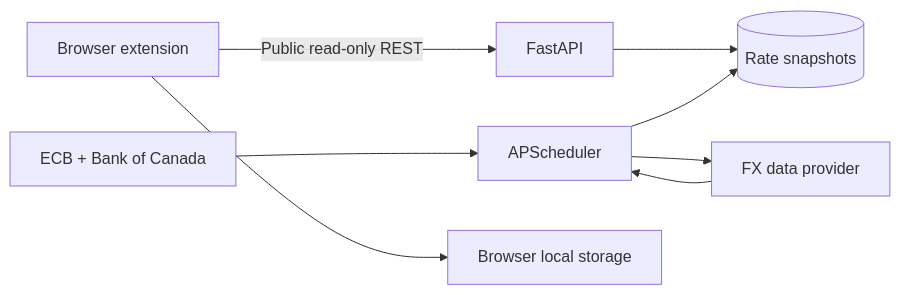
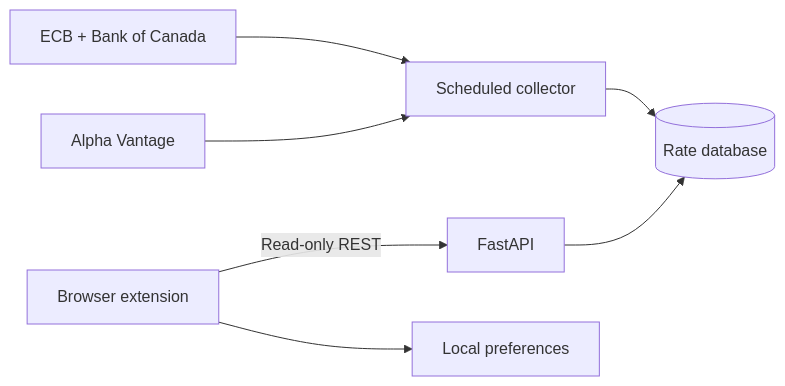
Before and after one commit to shianjeng/FX-Pulses: the diagram in README.md, drawn with Mermaid. The commit also changed other lines of this file, not shown here.

````diff
--- a/README.md
+++ b/README.md
@@ -46,10 +74,9 @@
 ```mermaid
 flowchart LR
-    Extension[Browser extension] -->|Public read-only REST| API[FastAPI]
-    API --> Cache[(Rate snapshots)]
-    Scheduler[APScheduler] --> Provider[FX data provider]
-    Provider --> Scheduler
-    Official[ECB + Bank of Canada] --> Scheduler
-    Scheduler --> Cache
-    Extension --> Local[Browser local storage]
+    Extension["Browser extension"] -->|Read-only REST| API["FastAPI"]
+    API --> Database[("Rate database")]
+    Market["Alpha Vantage"] --> Collector["Scheduled collector"]
+    Official["ECB + Bank of Canada"] --> Collector
+    Collector --> Database
+    Extension --> Local["Local preferences"]
 ```
````
